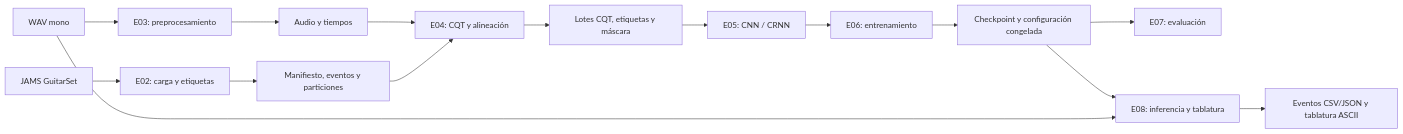
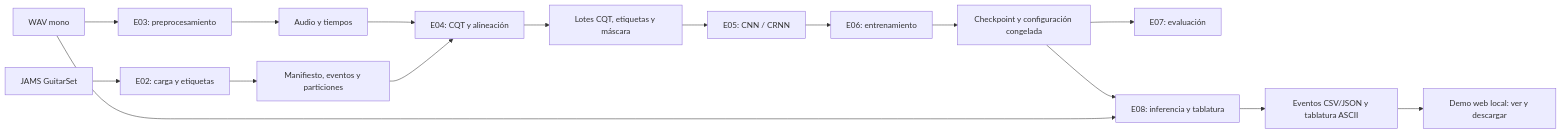
One commit to DiegoSG826/Transcripcion-Notas-Guitarra changed the diagram in docs/contratos_modulos.md. Above: the diagram before and after it, drawn with Mermaid. The commit also changed other lines of this file and 4 other files, not shown here.

````diff
--- a/docs/contratos_modulos.md
+++ b/docs/contratos_modulos.md
@@ -23,17 +24,18 @@
 ```mermaid
 flowchart LR
     WAV[WAV mono] --> E03[E03: preprocesamiento]
     JAMS[JAMS GuitarSet] --> E02[E02: carga y etiquetas]
     E02 --> M[Manifiesto, eventos y particiones]
     E03 --> A[Audio y tiempos]
     A --> E04[E04: CQT y alineación]
     M --> E04
     E04 --> B[Lotes CQT, etiquetas y máscara]
     B --> E05[E05: CNN / CRNN]
     E05 --> E06[E06: entrenamiento]
     E06 --> C[Checkpoint y configuración congelada]
     C --> E07[E07: evaluación]
     C --> E08[E08: inferencia y tablatura]
     WAV --> E08
     E08 --> D[Eventos CSV/JSON y tablatura ASCII]
+    D --> WEB[Demo web local: ver y descargar]
 ```
````
